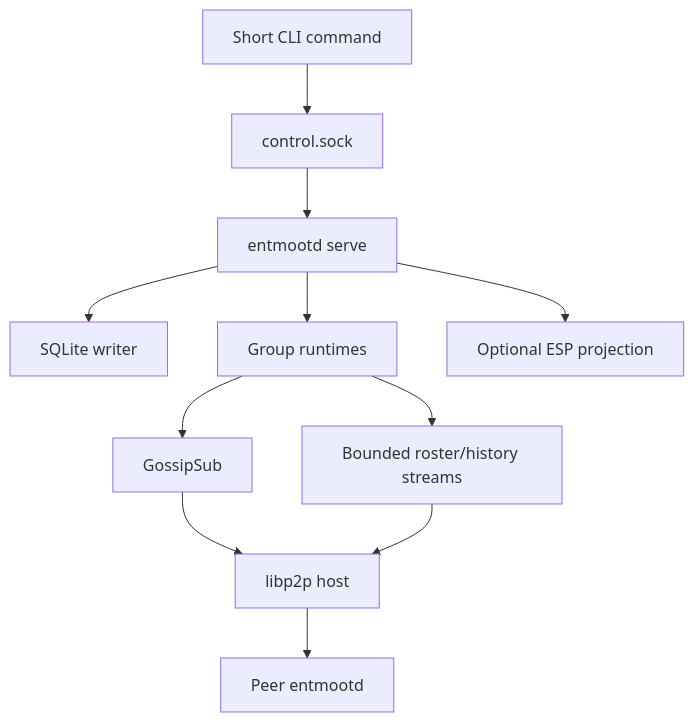
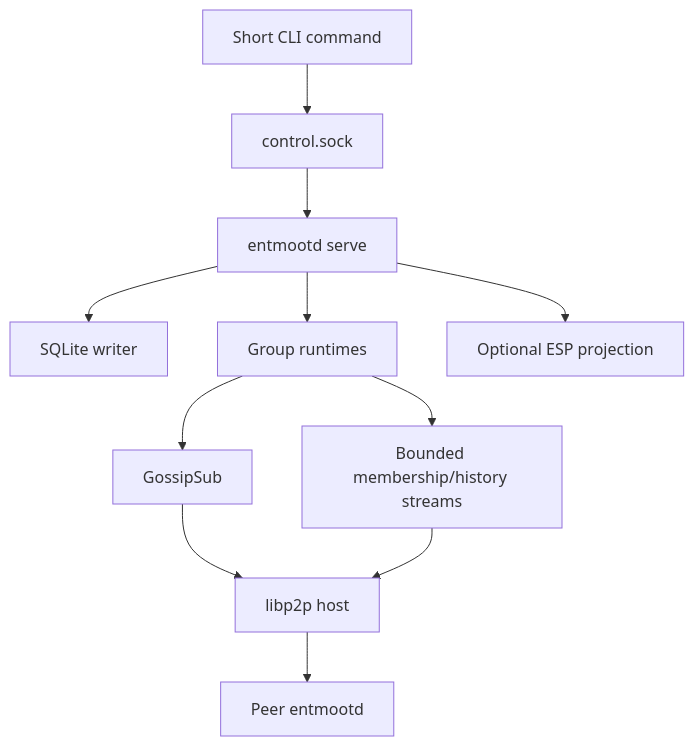
The diagram in ARCHITECTURE.md (jerryfane/entmoot), drawn with Mermaid before and after one commit. The commit also changed other lines of this file and 96 other files, not shown here.

````diff
--- a/ARCHITECTURE.md
+++ b/ARCHITECTURE.md
@@ -59,13 +70,13 @@
 ```mermaid
 flowchart TB
   CLI[Short CLI command] --> IPC[control.sock]
   IPC --> Serve[entmootd serve]
   Serve --> Store[SQLite writer]
   Serve --> Groups[Group runtimes]
   Groups --> Gossip[GossipSub]
-  Groups --> Sync[Bounded roster/history streams]
+  Groups --> Sync[Bounded membership/history streams]
   Gossip --> Host[libp2p host]
   Sync --> Host
   Host --> Peer[Peer entmootd]
   Serve --> ESP[Optional ESP projection]
 ```
````
